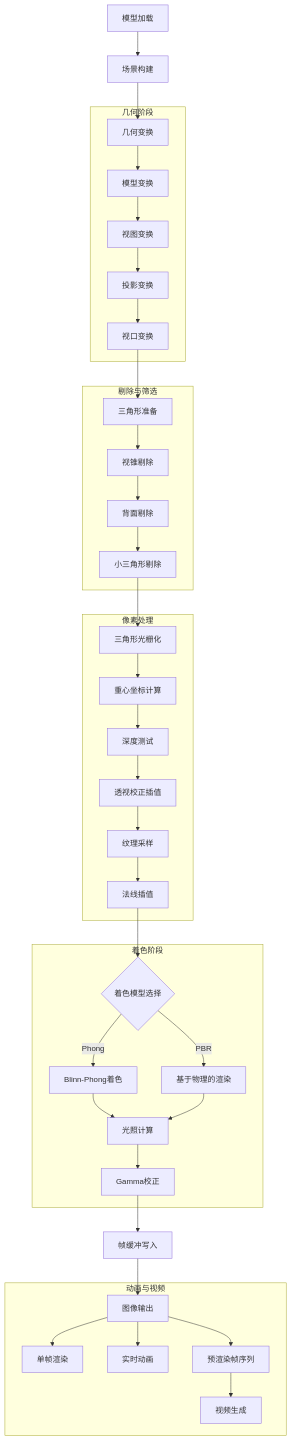
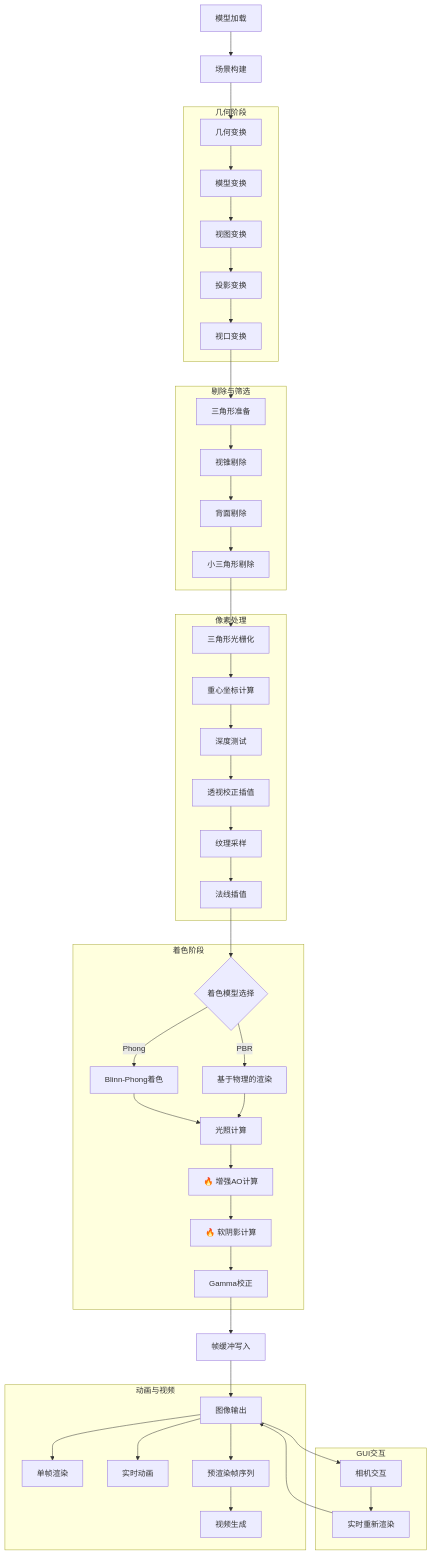
One commit to Rukkhadevata123/rasterizer-rust changed the diagram in README.md. Above: the diagram before and after it, drawn with Mermaid. The commit also changed other lines of this file and 23 other files, not shown here.

````diff
--- a/README.md
+++ b/README.md
@@ -81,49 +163,57 @@
 ```mermaid
 graph TD
     A[模型加载] --> B[场景构建]
     B --> C[几何变换]
     
     subgraph 几何阶段
         C --> D[模型变换]
         D --> E[视图变换]
         E --> F[投影变换]
         F --> G[视口变换]
     end
     
     G --> H[三角形准备]
     
     subgraph 剔除与筛选
         H --> H1[视锥剔除]
         H1 --> H2[背面剔除]
         H2 --> H3[小三角形剔除]
     end
     
     H3 --> I[三角形光栅化]
     
     subgraph 像素处理
         I --> J1[重心坐标计算]
         J1 --> J2[深度测试]
         J2 --> J3[透视校正插值]
         J3 --> J4[纹理采样]
         J4 --> J5[法线插值]
     end
     
     subgraph 着色阶段
         J5 --> K1{着色模型选择}
         K1 -->|Phong| K2[Blinn-Phong着色]
         K1 -->|PBR| K3[基于物理的渲染]
         K2 --> K4[光照计算]
         K3 --> K4
-        K4 --> K5[Gamma校正]
+        K4 --> K6[🔥 增强AO计算]
+        K6 --> K7[🔥 软阴影计算]
+        K7 --> K5[Gamma校正]
     end
     
     K5 --> L[帧缓冲写入]
     L --> M[图像输出]
     
     subgraph 动画与视频
         M --> N1[单帧渲染]
         M --> N2[实时动画]
         M --> N3[预渲染帧序列]
         N3 --> N4[视频生成]
     end
+    
+    subgraph GUI交互
+        M --> O1[相机交互]
+        O1 --> O2[实时重新渲染]
+        O2 --> M
+    end
 ```
````
